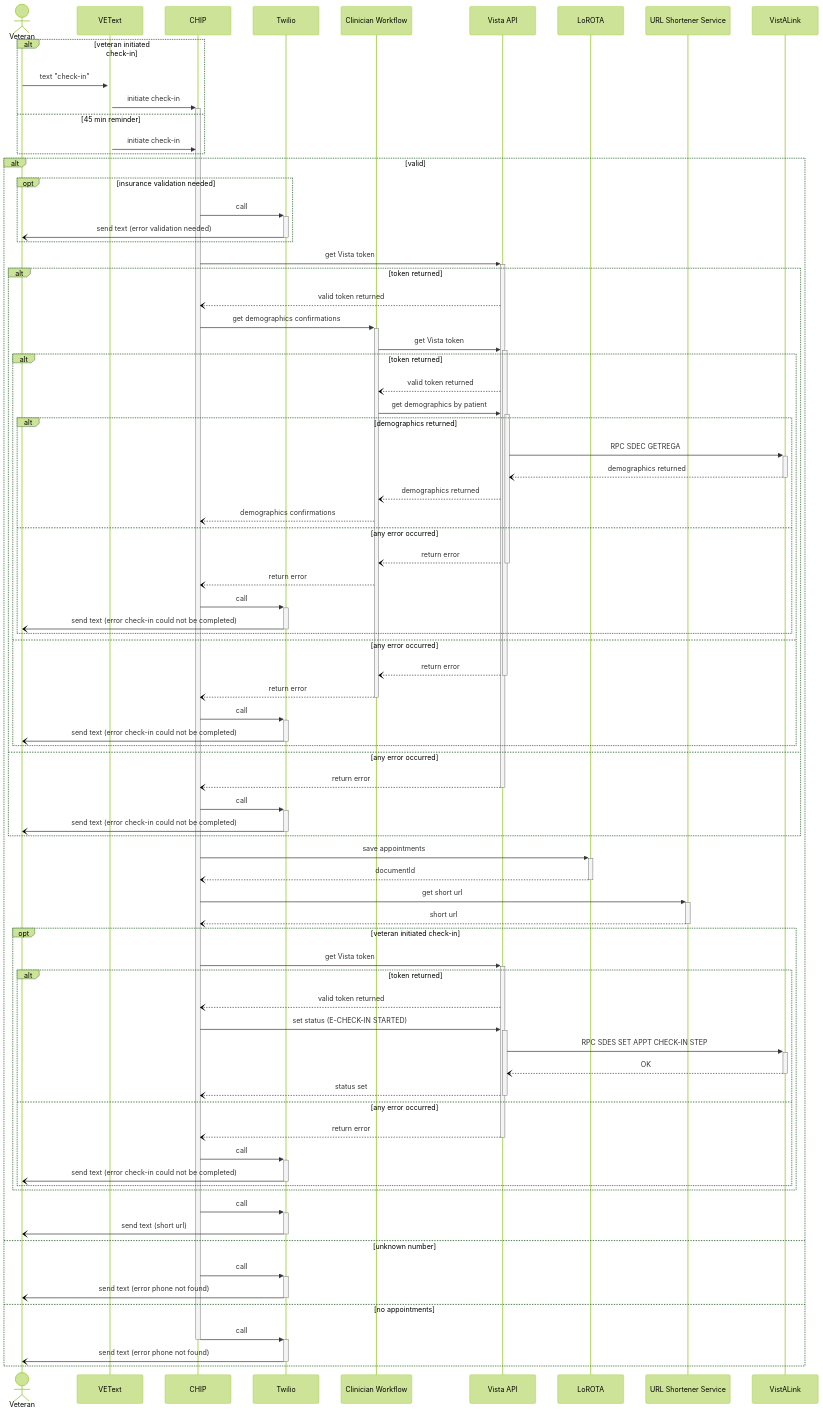
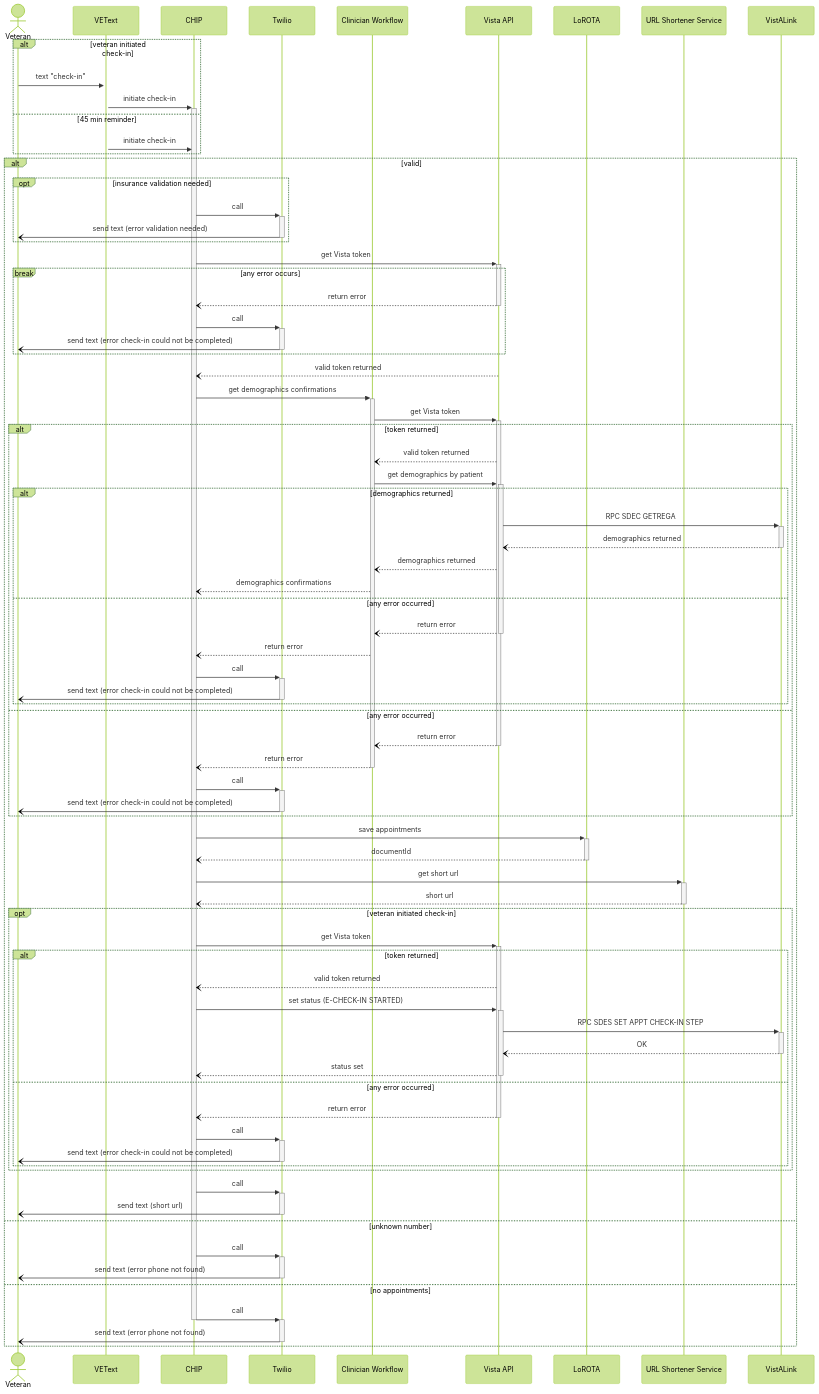
The first of 5 diagrams in products/health-care/checkin/engineering/architecture-diagrams/sequenceDiagram_checkInExp.md (department-of-veterans-affairs/va.gov-team), drawn with Mermaid (forest theme) before and after one commit.

```diff
--- a/products/health-care/checkin/engineering/architecture-diagrams/sequenceDiagram_checkInExp.md
+++ b/products/health-care/checkin/engineering/architecture-diagrams/sequenceDiagram_checkInExp.md
@@ -42,32 +42,34 @@
 
     c->>+va: get Vista token
 
+    break any error occurs
+      va--)-c: return error
+      c->>+t: call
+      t-)-vet: send text (error check-in could not be completed)
+    end
+
+    va--)c: valid token returned
+
+    c->>+cw: get demographics confirmations
+
+    cw->>+va: get Vista token
     alt token returned
-      va--)c: valid token returned
-      c->>+cw: get demographics confirmations
-      cw->>+va: get Vista token
-      alt token returned
-        va--)cw: valid token returned
-        cw->>+va: get demographics by patient
-        alt demographics returned
-          va ->>+val: RPC SDEC GETREGA
-          val--)-va: demographics returned
-          va--)cw: demographics returned
-          cw--)c: demographics confirmations
-        else any error occurred
-          va--)-cw: return error
-          cw--)c: return error
-          c->>+t: call
-          t-)-vet: send text (error check-in could not be completed)
-        end
+      va--)cw: valid token returned
+      cw->>+va: get demographics by patient
+      alt demographics returned
+        va ->>+val: RPC SDEC GETREGA
+        val--)-va: demographics returned
+        va--)cw: demographics returned
+        cw--)c: demographics confirmations
       else any error occurred
         va--)-cw: return error
-        cw--)-c: return error
+        cw--)c: return error
         c->>+t: call
         t-)-vet: send text (error check-in could not be completed)
       end
     else any error occurred
-      va--)-c: return error
+      va--)-cw: return error
+      cw--)-c: return error
       c->>+t: call
       t-)-vet: send text (error check-in could not be completed)
     end
```
